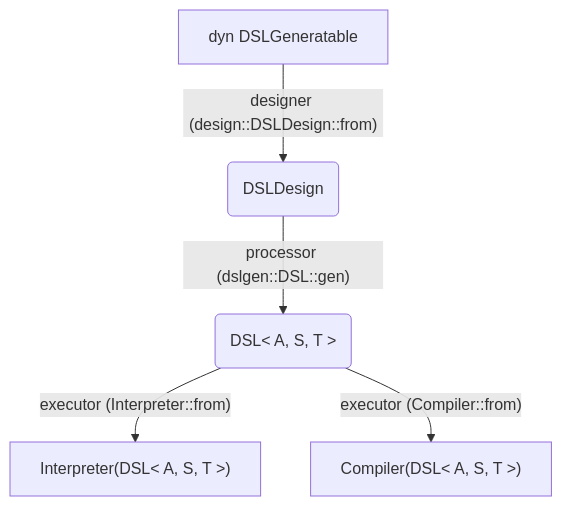
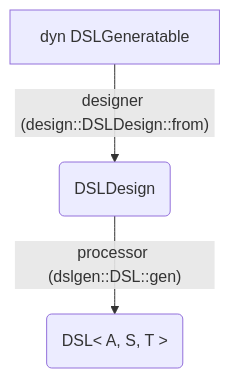
One commit to Yuta1004/DSLBricks changed the diagram in compiler/README.md. Above: the diagram before and after it, drawn with Mermaid. The commit also changed other lines of this file and 3 other files, not shown here.

````diff
--- a/compiler/README.md
+++ b/compiler/README.md
@@ -24,7 +23,5 @@
 ```mermaid
 flowchart TD
     A["dyn DSLGeneratable"] -->|"designer (design::DSLDesign::from)"| B("DSLDesign")
     B -->|"processor (dslgen::DSL::gen)"| C("DSL< A, S, T >")
-    C -->|"executor (Interpreter::from)"| D["Interpreter(DSL< A, S, T >)"]
-    C -->|"executor (Compiler::from)"| E["Compiler(DSL< A, S, T >)"]
 ```
````
